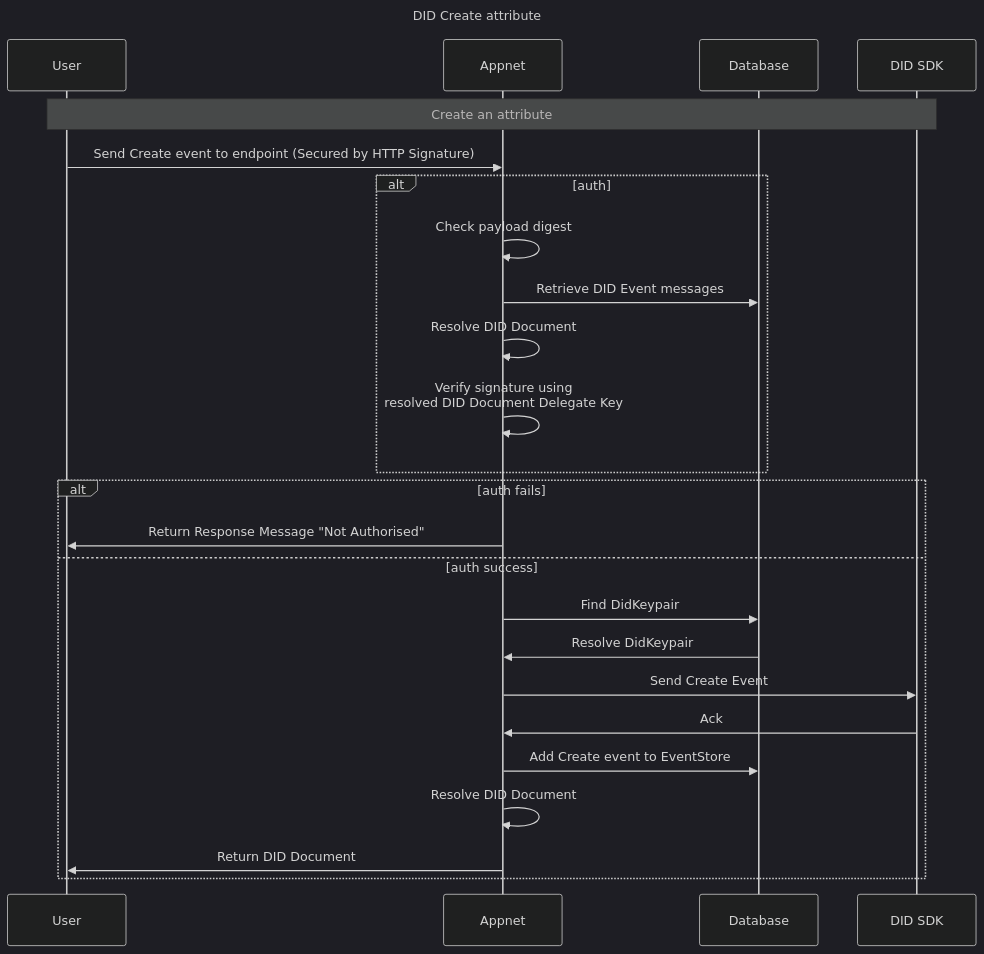
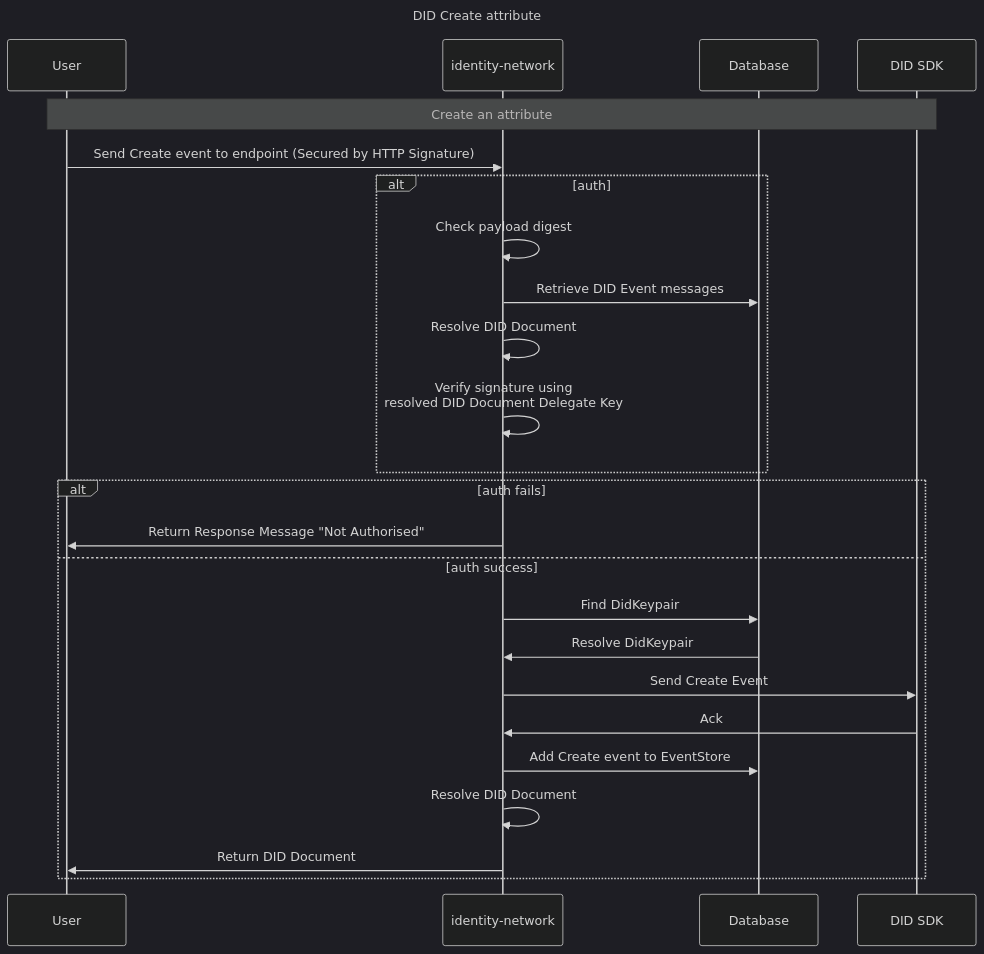
Before and after one commit to Meeco/hedera-did-identity-network: the diagram in documentation/diagrams/did-create-attribute.mmd, drawn with Mermaid (dark theme). The commit also changed 21 other files, not shown here.

Commit message:
replace appnet refreces with identity-network

```diff
--- a/documentation/diagrams/did-create-attribute.mmd
+++ b/documentation/diagrams/did-create-attribute.mmd
@@ -1,27 +1,27 @@
 sequenceDiagram
 Title: DID Create attribute
 
 participant Subject as User
-participant API as Appnet
+participant API as identity-network
 participant Database as Database
 participant DIDSDK as DID SDK
 
 note over Subject,DIDSDK: Create an attribute
 Subject ->> API: Send Create event to endpoint (Secured by HTTP Signature)
 alt auth
 API ->> API: Check payload digest
 API ->> Database: Retrieve DID Event messages
 API ->> API: Resolve DID Document
 API ->> API: Verify signature using <br> resolved DID Document Delegate Key
 end 
 alt auth fails
 API ->> Subject: Return Response Message "Not Authorised"
 else auth success
 API ->> Database: Find DidKeypair
 Database ->> API: Resolve DidKeypair
 API ->> DIDSDK: Send Create Event
 DIDSDK ->> API: Ack
 API ->> Database: Add Create event to EventStore
 API ->> API: Resolve DID Document
 API ->> Subject: Return DID Document
 end
```
